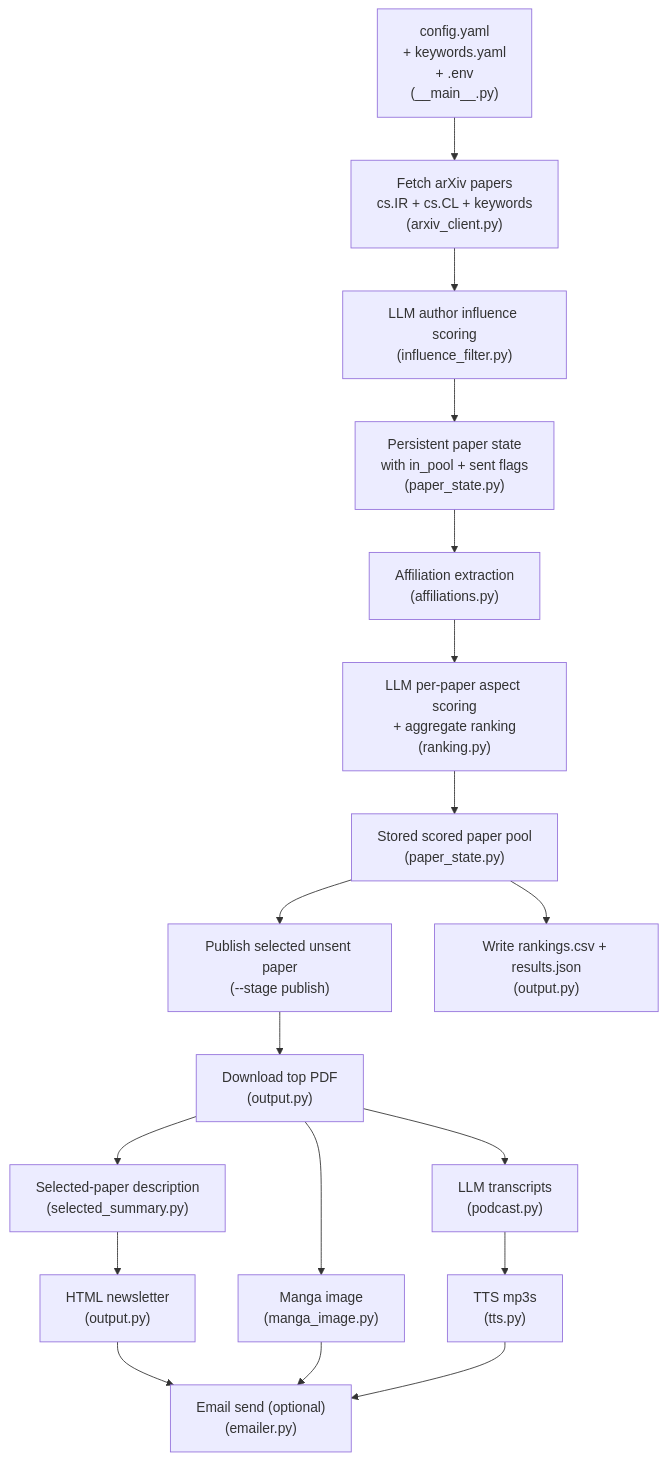
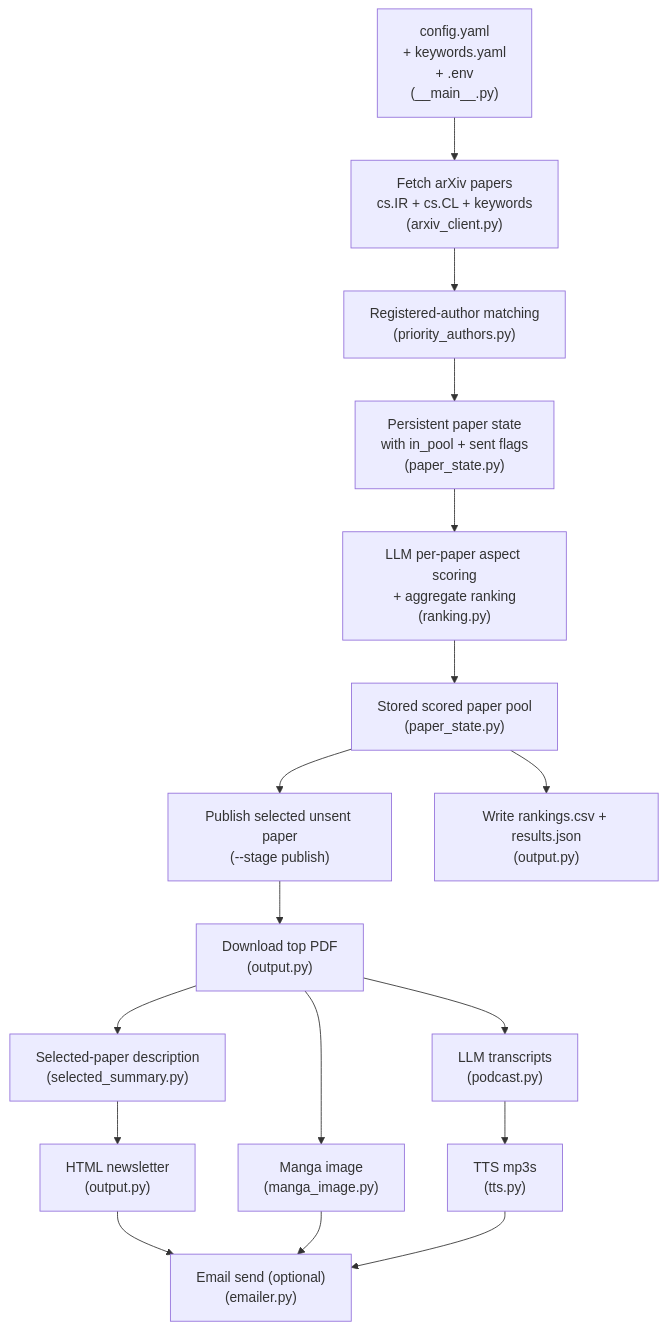
Before and after one commit to hideaki-j/arxiv-daily-podcast: the diagram in README.md, drawn with Mermaid. The commit also changed other lines of this file and 13 other files, not shown here.

Commit message:
Require registered authors for newsletter delivery

````diff
--- a/README.md
+++ b/README.md
@@ -84,20 +85,19 @@
 ```mermaid
 flowchart TD
   A["config.yaml<br>+ keywords.yaml<br>+ .env<br/>(__main__.py)"] --> B["Fetch arXiv papers<br/>cs.IR + cs.CL + keywords<br/>(arxiv_client.py)"]
-  B --> C["LLM author influence scoring<br/>(influence_filter.py)"]
+  B --> C["Registered-author matching<br/>(priority_authors.py)"]
   C --> D["Persistent paper state<br/>with in_pool + sent flags<br/>(paper_state.py)"]
-  D --> A1["Affiliation extraction<br/>(affiliations.py)"]
-  A1 --> E["LLM per-paper aspect scoring<br/>+ aggregate ranking<br/>(ranking.py)"]
+  D --> E["LLM per-paper aspect scoring<br/>+ aggregate ranking<br/>(ranking.py)"]
   E --> S1["Stored scored paper pool<br/>(paper_state.py)"]
   S1 --> P["Publish selected unsent paper<br/>(--stage publish)"]
   S1 --> F["Write rankings.csv + results.json<br/>(output.py)"]
   P --> G["Download top PDF<br/>(output.py)"]
   G --> L["Selected-paper description<br/>(selected_summary.py)"]
   G --> M["Manga image<br/>(manga_image.py)"]
   G --> H["LLM transcripts<br/>(podcast.py)"]
   H --> I["TTS mp3s<br/>(tts.py)"]
   L --> J["HTML newsletter<br/>(output.py)"]
   J --> K["Email send (optional)<br/>(emailer.py)"]
   M --> K
   I --> K
 ```
````
